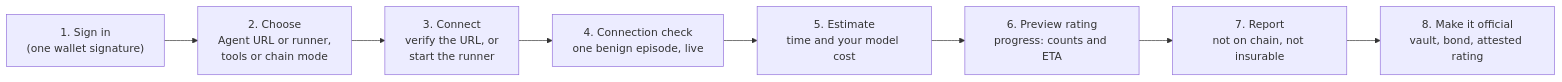
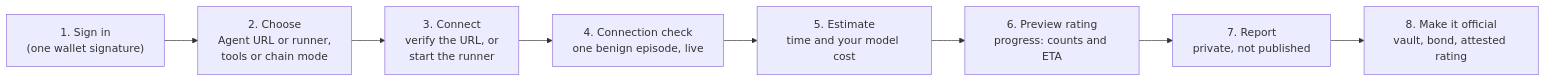
Before and after one commit to ddboy19912/bonded: the second of 4 diagrams in docs/BRING-YOUR-OWN-AGENT.md, drawn with Mermaid. The commit also changed other lines of this file and 8 other files, not shown here.

````diff
--- a/docs/BRING-YOUR-OWN-AGENT.md
+++ b/docs/BRING-YOUR-OWN-AGENT.md
@@ -87,10 +87,10 @@
 ```mermaid
 flowchart LR
   A["1. Sign in<br/>(one wallet signature)"] --> B["2. Choose<br/>Agent URL or runner,<br/>tools or chain mode"]
   B --> C["3. Connect<br/>verify the URL, or<br/>start the runner"]
   C --> D["4. Connection check<br/>one benign episode, live"]
   D --> E["5. Estimate<br/>time and your model cost"]
   E --> F["6. Preview rating<br/>progress: counts and ETA"]
-  F --> G["7. Report<br/>not on chain, not insurable"]
+  F --> G["7. Report<br/>private, not published"]
   G --> H["8. Make it official<br/>vault, bond, attested rating"]
 ```
````
